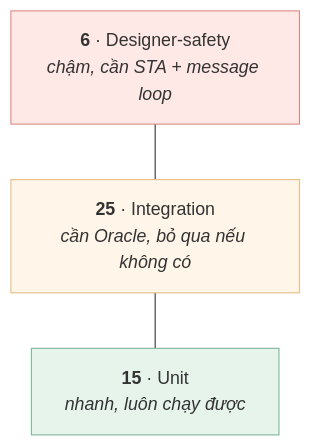
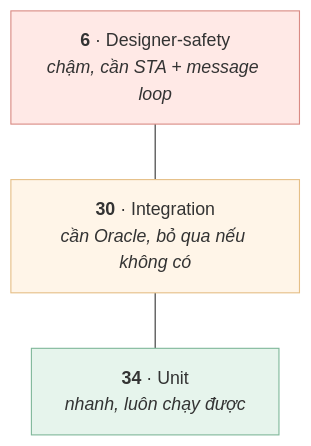
Before and after one commit to vielang/dotnet-framework-admin: the fourth of 4 diagrams in docs/08-kiem-thu-winforms.md, drawn with Mermaid. The commit also changed other lines of this file and 13 other files, not shown here.

````diff
--- a/docs/08-kiem-thu-winforms.md
+++ b/docs/08-kiem-thu-winforms.md
@@ -311,12 +330,12 @@
 ```mermaid
 flowchart TB
     A["<b>6</b> · Designer-safety<br/><i>chậm, cần STA + message loop</i>"]
-    B["<b>25</b> · Integration<br/><i>cần Oracle, bỏ qua nếu không có</i>"]
-    C["<b>15</b> · Unit<br/><i>nhanh, luôn chạy được</i>"]
+    B["<b>30</b> · Integration<br/><i>cần Oracle, bỏ qua nếu không có</i>"]
+    C["<b>34</b> · Unit<br/><i>nhanh, luôn chạy được</i>"]
 
     A --- B --- C
 
     style A fill:#ffe9e6,stroke:#d98b84
     style B fill:#fff5e8,stroke:#e5bf87
     style C fill:#e6f4ec,stroke:#7fb79a
 ```
````
